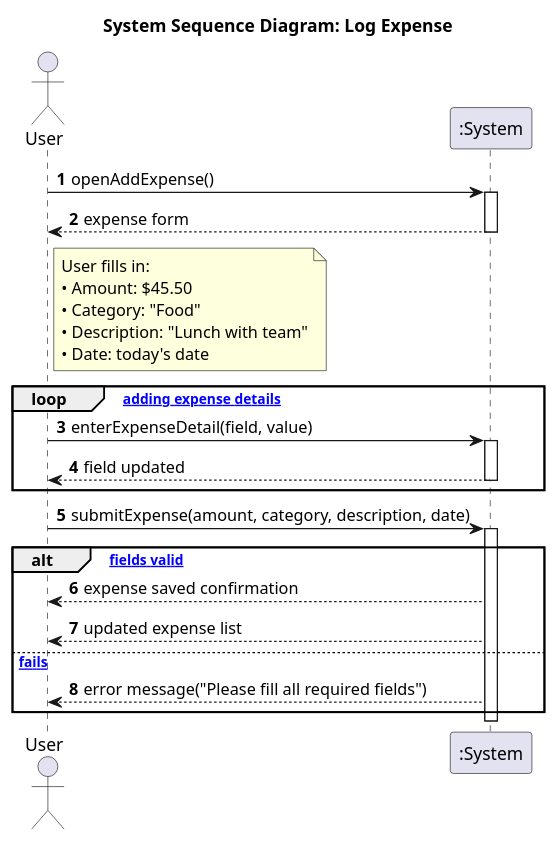
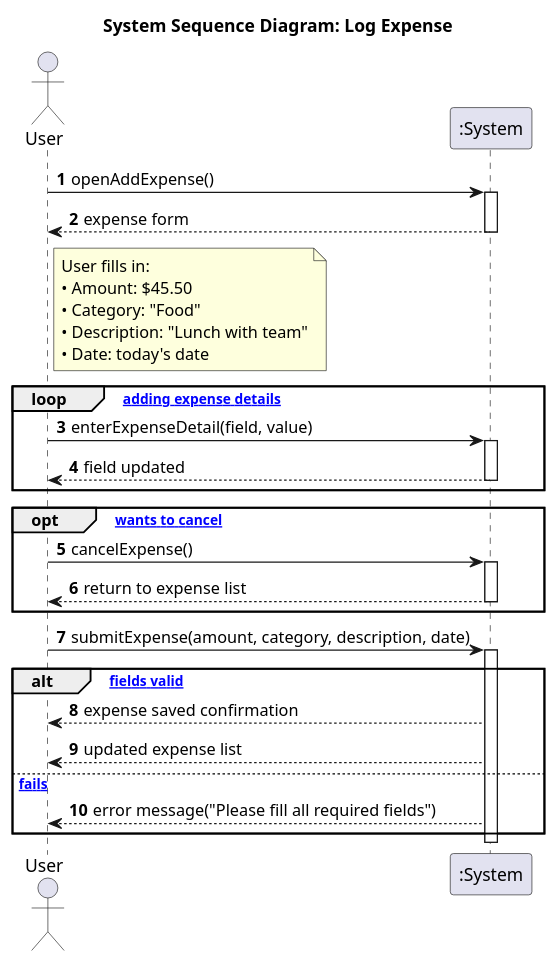
One commit to jmsherrier/finance-tracker changed the diagram in Project/Sprint0.5-main/docs/sequence/log_expense_sequence.puml. Above: the diagram before and after it, drawn with PlantUML. The commit also changed 18 other files, not shown here.

```diff
--- a/Project/Sprint0.5-main/docs/sequence/log_expense_sequence.puml
+++ b/Project/Sprint0.5-main/docs/sequence/log_expense_sequence.puml
@@ -1,45 +1,52 @@
 @startuml
 title System Sequence Diagram: Log Expense
 autonumber
 
 note top
     System Sequence Diagram for Expense Tracking App
     Shows user interaction with system as a black box
 end note
 
 actor "User" as User
 participant ":System" as System
 
 User -> System: openAddExpense()
 activate System
 System --> User: expense form
 deactivate System
 
 note right of User
     User fills in:
     • Amount: $45.50
     • Category: "Food"
     • Description: "Lunch with team"
     • Date: today's date
 end note
 
 loop [while adding expense details]
     User -> System: enterExpenseDetail(field, value)
     activate System
     System --> User: field updated
     deactivate System
 end
 
+opt [user wants to cancel]
+    User -> System: cancelExpense()
+    activate System
+    System --> User: return to expense list
+    deactivate System
+end
+
 User -> System: submitExpense(amount, category, description, date)
 activate System
 
 alt [all fields valid]
     System --> User: expense saved confirmation
     System --> User: updated expense list
 else [validation fails]
     System --> User: error message("Please fill all required fields")
 end
 
 deactivate System
 
 @enduml
```
